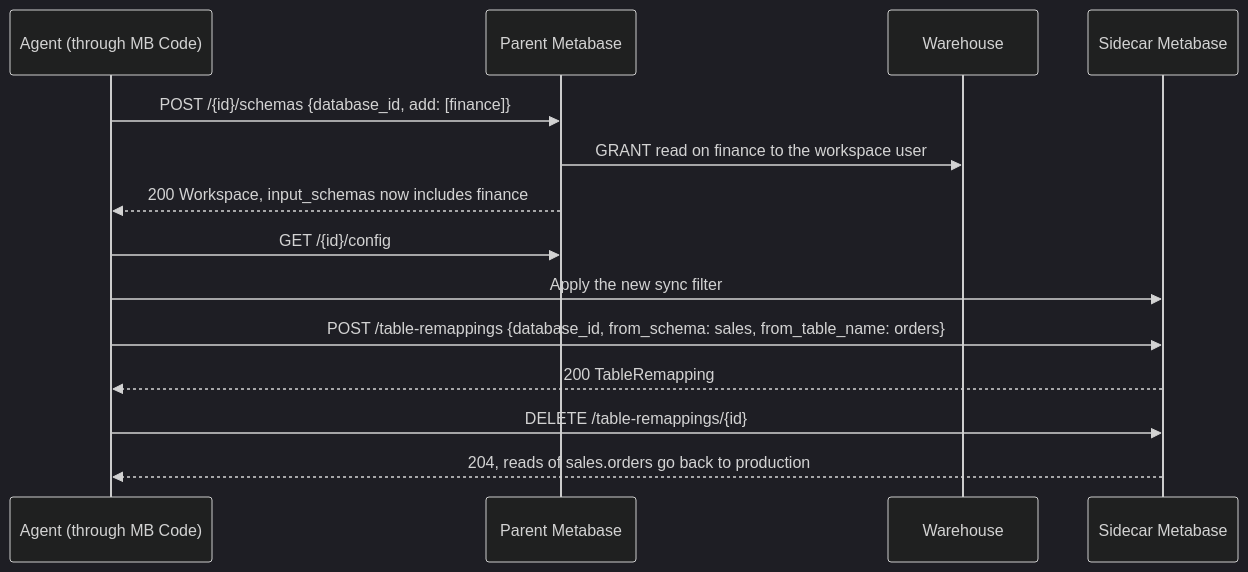
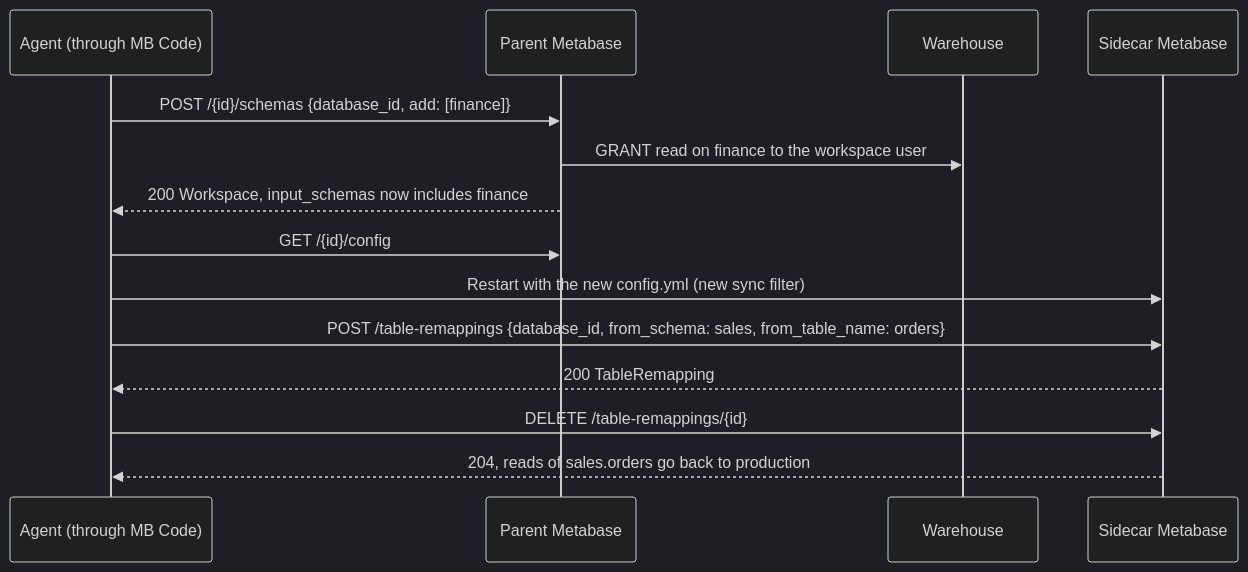
Before and after one commit to metabase/metabase: the fifth of 7 diagrams in contracts/workspaces/README.md, drawn with Mermaid (dark theme). The commit also changed other lines of this file and 2 other files, not shown here.

````diff
--- a/contracts/workspaces/README.md
+++ b/contracts/workspaces/README.md
@@ -164,17 +164,17 @@
 ```mermaid
 sequenceDiagram
     participant A as Agent (through MB Code)
     participant P as Parent Metabase
     participant W as Warehouse
     participant S as Sidecar Metabase
 
     A->>P: POST /{id}/schemas {database_id, add: [finance]}
     P->>W: GRANT read on finance to the workspace user
     P-->>A: 200 Workspace, input_schemas now includes finance
     A->>P: GET /{id}/config
-    A->>S: Apply the new sync filter
+    A->>S: Restart with the new config.yml (new sync filter)
     A->>S: POST /table-remappings {database_id, from_schema: sales, from_table_name: orders}
     S-->>A: 200 TableRemapping
     A->>S: DELETE /table-remappings/{id}
     S-->>A: 204, reads of sales.orders go back to production
 ```
````
